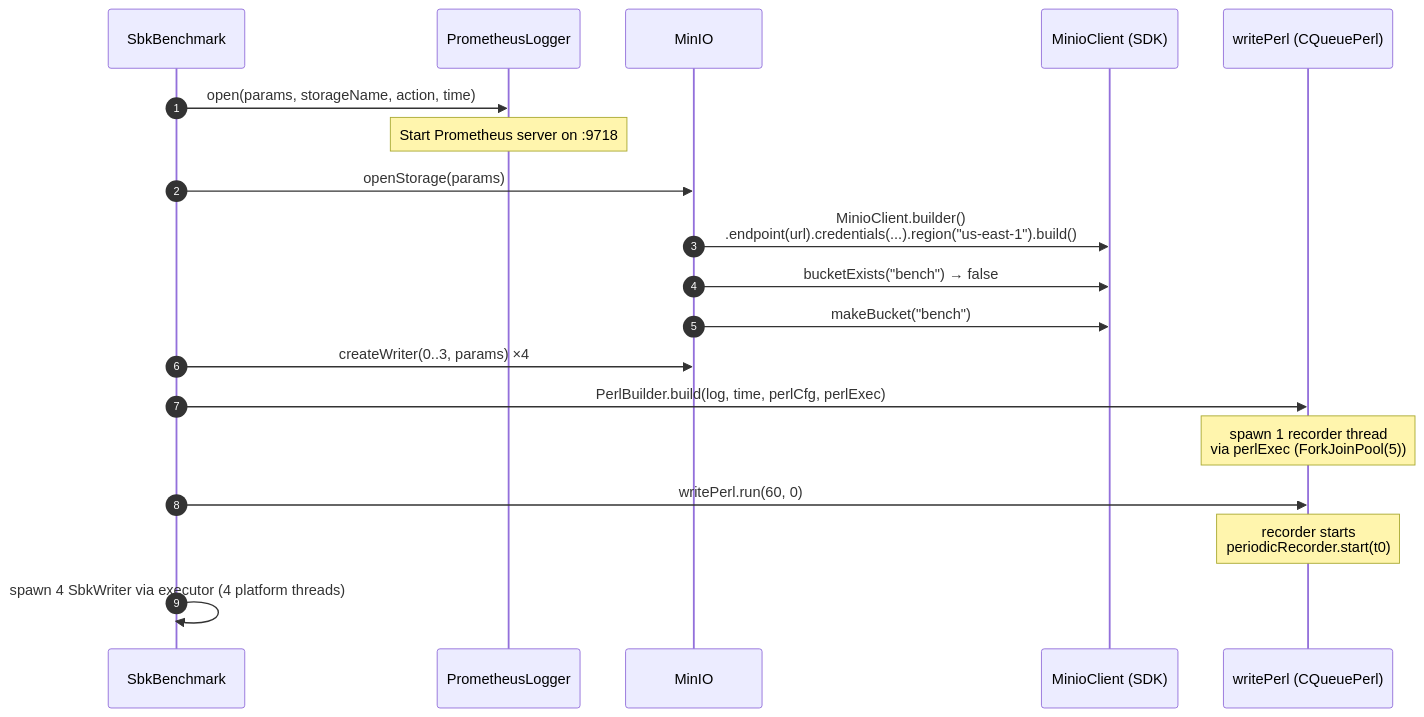
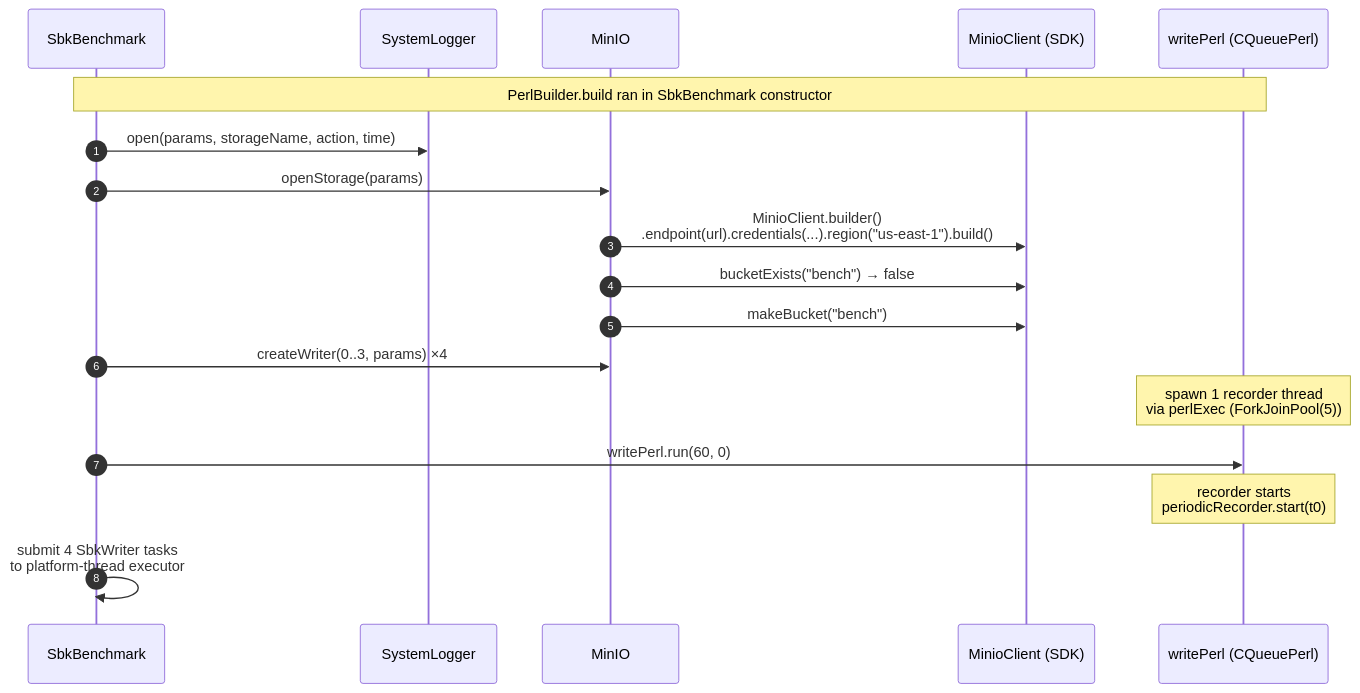
Before and after one commit to kmgowda/SBK: diagram 30 of 36 in docs/sbk-internals.md, drawn with Mermaid. The commit also changed other lines of this file and 1 other file, not shown here.

Commit message:
Improve SBK internals architecture guide

````diff
--- a/docs/sbk-internals.md
+++ b/docs/sbk-internals.md
@@ -1648,22 +2225,21 @@
 ```mermaid
 sequenceDiagram
     autonumber
     participant Bench as SbkBenchmark
-    participant Log as PrometheusLogger
+    participant Log as SystemLogger
     participant Drv as MinIO
     participant Mc as MinioClient (SDK)
     participant PerlW as writePerl (CQueuePerl)
 
+    Note over Bench,PerlW: PerlBuilder.build ran in SbkBenchmark constructor
     Bench->>Log: open(params, storageName, action, time)
-    Note over Log: Start Prometheus server on :9718
     Bench->>Drv: openStorage(params)
     Drv->>Mc: MinioClient.builder()<br/>.endpoint(url).credentials(...).region("us-east-1").build()
     Drv->>Mc: bucketExists("bench") → false
     Drv->>Mc: makeBucket("bench")
     Bench->>Drv: createWriter(0..3, params)  ×4
-    Bench->>PerlW: PerlBuilder.build(log, time, perlCfg, perlExec)
     Note over PerlW: spawn 1 recorder thread<br/>via perlExec (ForkJoinPool(5))
     Bench->>PerlW: writePerl.run(60, 0)
     Note over PerlW: recorder starts<br/>periodicRecorder.start(t0)
-    Bench->>Bench: spawn 4 SbkWriter via executor (4 platform threads)
+    Bench->>Bench: submit 4 SbkWriter tasks<br/>to platform-thread executor
 ```
````
